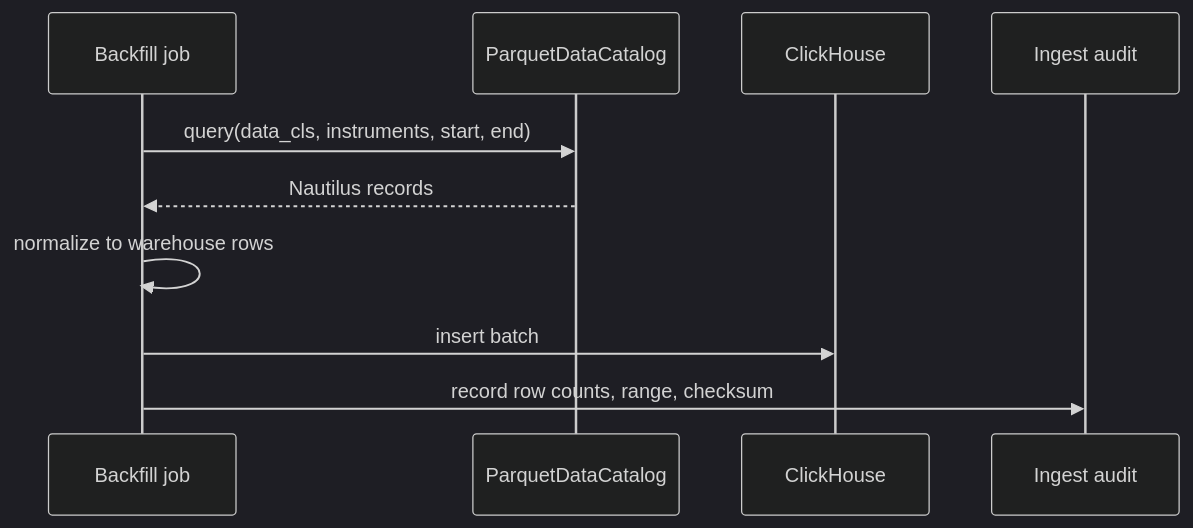
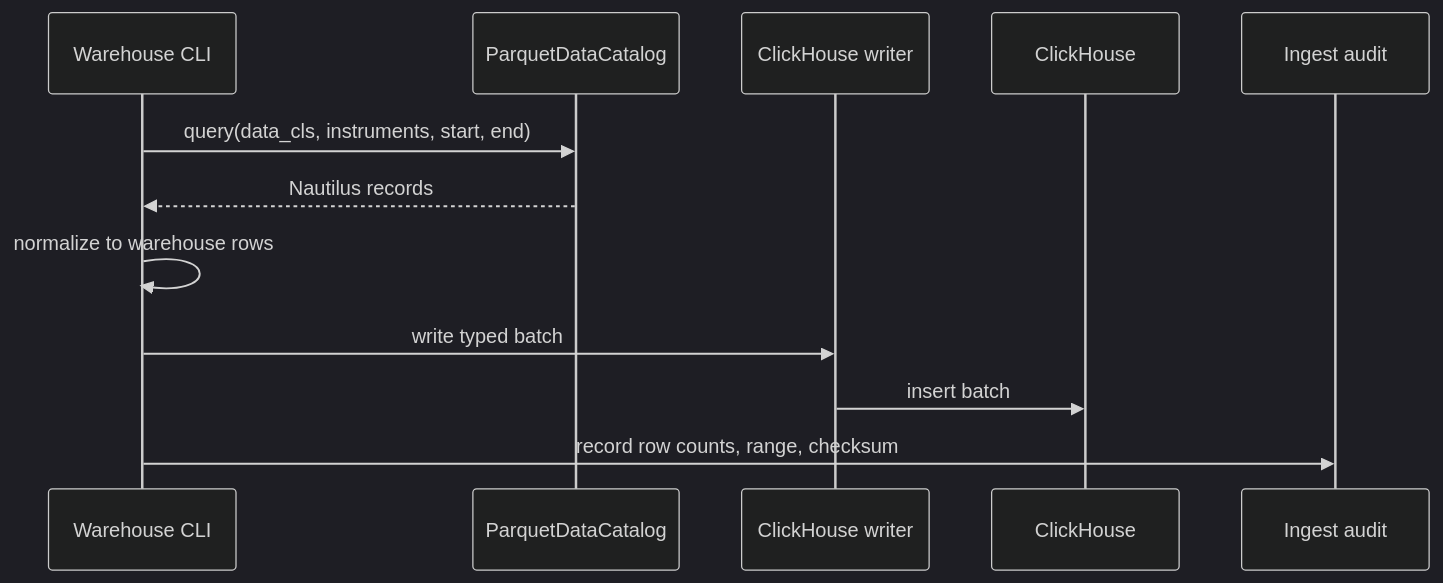
The second of 2 diagrams in docs/developer_guide/market_data_warehouse_workstream.md (afrojuju1/nautilus_trader), drawn with Mermaid (dark theme) before and after one commit. The commit also changed other lines of this file, not shown here.

Commit message:
Refine ClickHouse warehouse plan

````diff
--- a/docs/developer_guide/market_data_warehouse_workstream.md
+++ b/docs/developer_guide/market_data_warehouse_workstream.md
@@ -405,13 +420,15 @@
 ```mermaid
 sequenceDiagram
-    participant Job as Backfill job
+    participant Job as Warehouse CLI
     participant Catalog as ParquetDataCatalog
+    participant Writer as ClickHouse writer
     participant CH as ClickHouse
     participant Audit as Ingest audit
 
     Job->>Catalog: query(data_cls, instruments, start, end)
     Catalog-->>Job: Nautilus records
     Job->>Job: normalize to warehouse rows
-    Job->>CH: insert batch
+    Job->>Writer: write typed batch
+    Writer->>CH: insert batch
     Job->>Audit: record row counts, range, checksum
 ```
````
